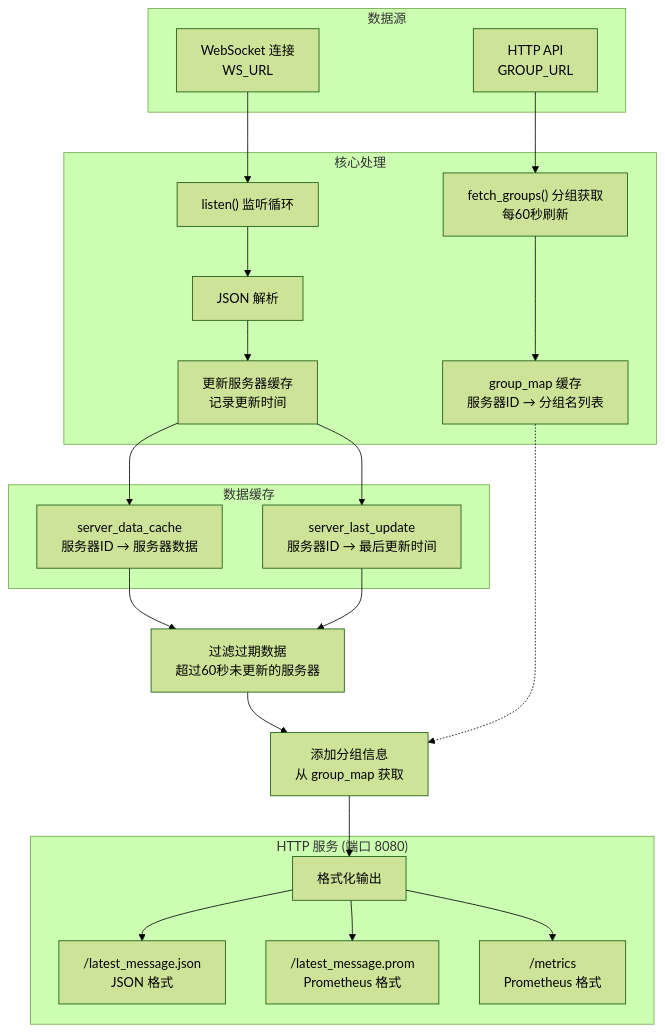
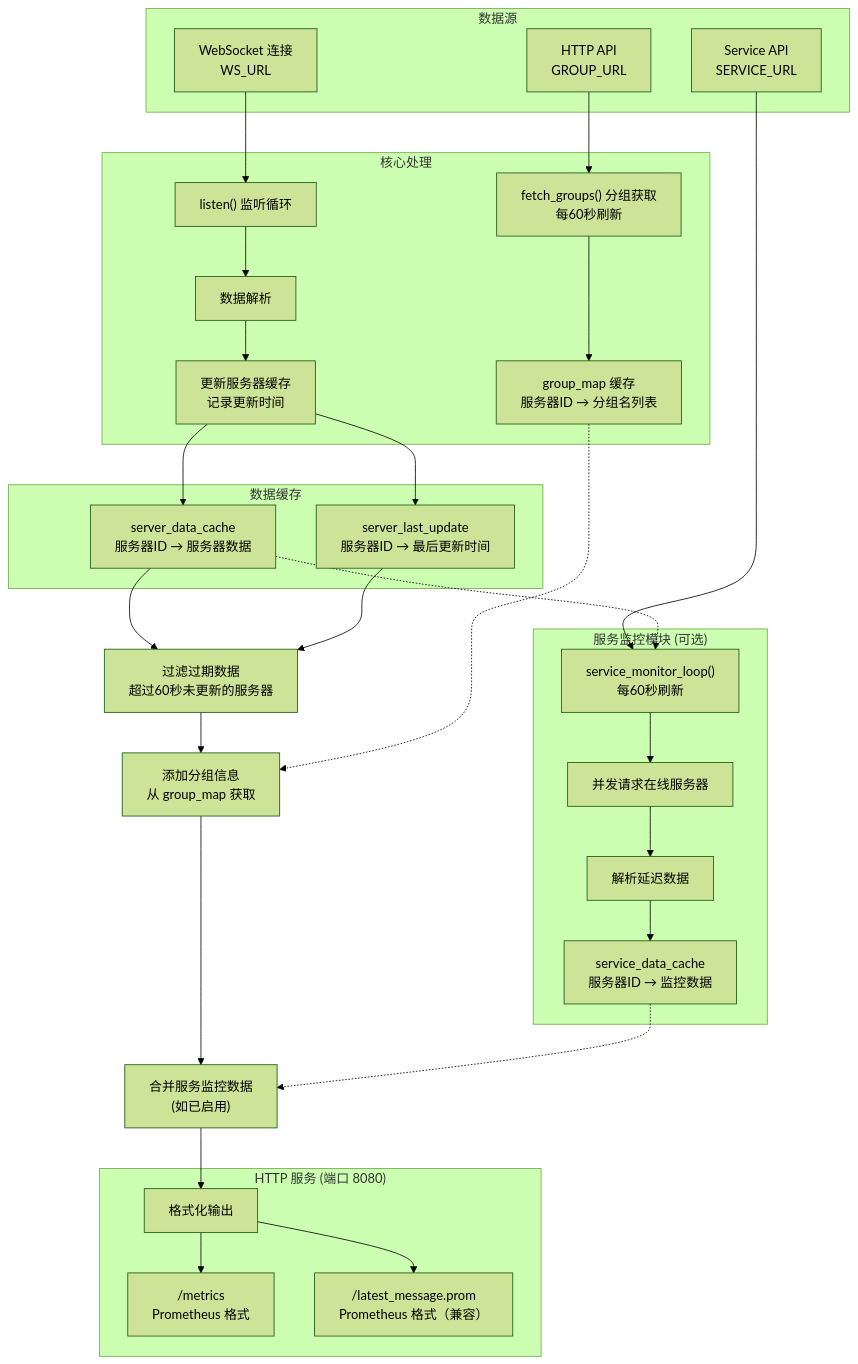
Before and after one commit to Moeyuuko/nezhaV1-exporter: the first of 9 diagrams in nezha-exporter.md, drawn with Mermaid (forest theme). The commit also changed other lines of this file and 4 other files, not shown here.

````diff
--- a/nezha-exporter.md
+++ b/nezha-exporter.md
@@ -7,32 +7,42 @@
 ```mermaid
 flowchart TD
     subgraph 数据源
         WS["WebSocket 连接<br/>WS_URL"]
         API["HTTP API<br/>GROUP_URL"]
+        SVC["Service API<br/>SERVICE_URL"]
     end
     
     subgraph 核心处理
         WS --> LISTEN["listen() 监听循环"]
         API --> FETCH["fetch_groups() 分组获取<br/>每60秒刷新"]
-        LISTEN --> PARSE["JSON 解析"]
+        LISTEN --> PARSE["数据解析"]
         PARSE --> UPDATE["更新服务器缓存<br/>记录更新时间"]
         FETCH --> GMAP["group_map 缓存<br/>服务器ID → 分组名列表"]
+    end
+    
+    subgraph 服务监控模块 ["服务监控模块 (可选)"]
+        SVC --> SVC_LOOP["service_monitor_loop()<br/>每60秒刷新"]
+        SVC_LOOP --> SVC_FETCH["并发请求在线服务器"]
+        SVC_FETCH --> SVC_PARSE["解析延迟数据"]
+        SVC_PARSE --> SVC_CACHE["service_data_cache<br/>服务器ID → 监控数据"]
     end
     
     subgraph 数据缓存 ["数据缓存"]
         UPDATE --> SERVER_CACHE["server_data_cache<br/>服务器ID → 服务器数据"]
         UPDATE --> TIME_CACHE["server_last_update<br/>服务器ID → 最后更新时间"]
     end
     
     SERVER_CACHE --> FILTER["过滤过期数据<br/>超过60秒未更新的服务器"]
     TIME_CACHE --> FILTER
+    SERVER_CACHE -.-> SVC_LOOP
     FILTER --> ADD_GROUP["添加分组信息<br/>从 group_map 获取"]
     GMAP -.-> ADD_GROUP
-    ADD_GROUP --> OUTPUT["格式化输出"]
+    ADD_GROUP --> MERGE["合并服务监控数据<br/>(如已启用)"]
+    SVC_CACHE -.-> MERGE
+    MERGE --> OUTPUT["格式化输出"]
     
     subgraph HTTP服务 ["HTTP 服务 (端口 8080)"]
-        OUTPUT --> EP1["/latest_message.json<br/>JSON 格式"]
-        OUTPUT --> EP2["/latest_message.prom<br/>Prometheus 格式"]
-        OUTPUT --> EP3["/metrics<br/>Prometheus 格式"]
+        OUTPUT --> EP1["/metrics<br/>Prometheus 格式"]
+        OUTPUT --> EP2["/latest_message.prom<br/>Prometheus 格式（兼容）"]
     end
 ```
````
